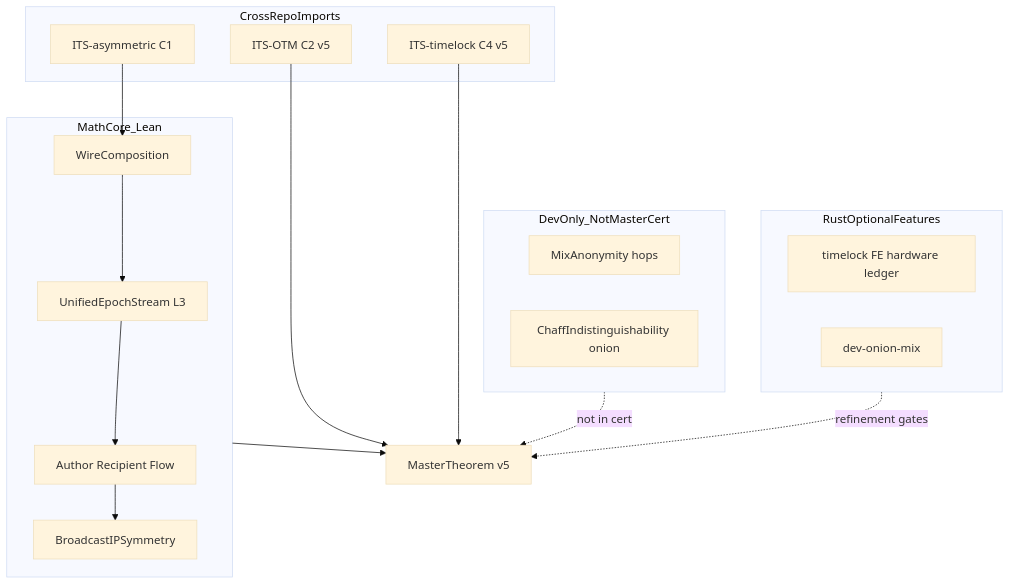
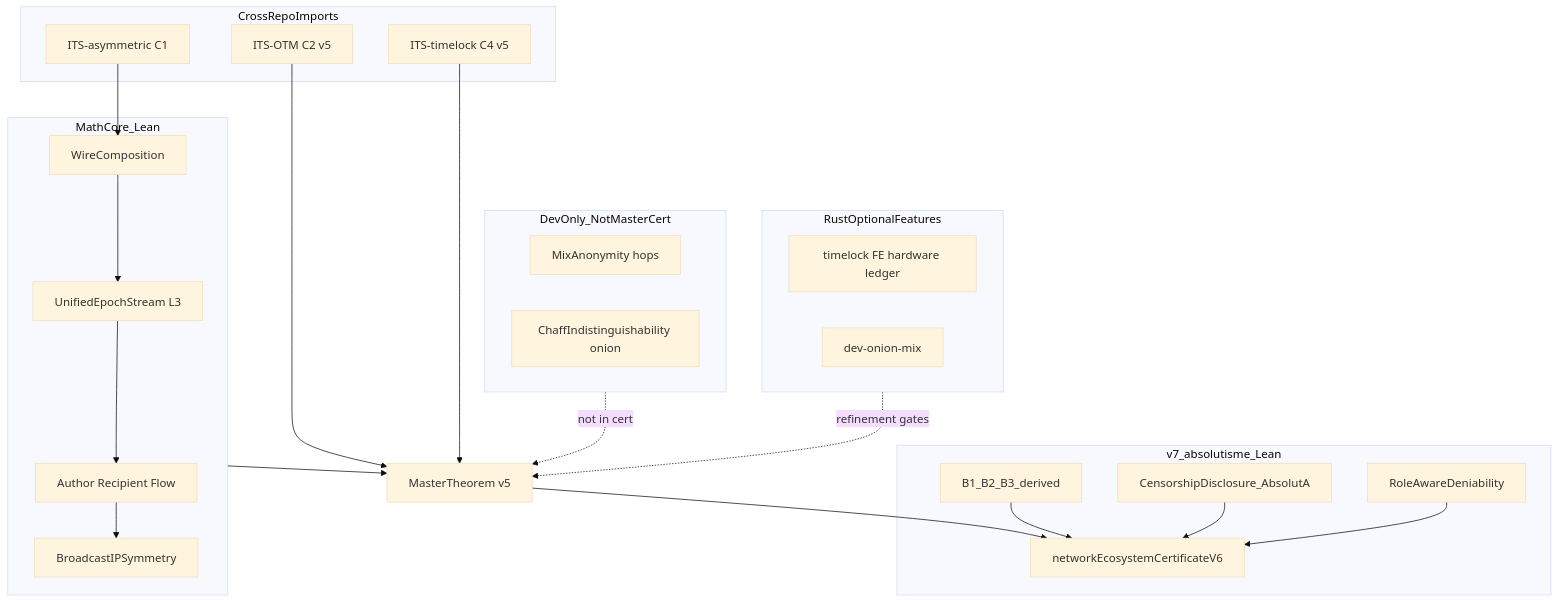
One commit to 0x1F980/ITS-ROUTING changed the diagram in ITS-routing_MATHEMATICAL_CORE.md. Above: the diagram before and after it, drawn with Mermaid (base theme). The commit also changed other lines of this file and 9 other files, not shown here.

First line of the commit message:
v6 doc-sync + v7 Lean absolutisme: networkEcosystemCertificateV6

````diff
--- a/ITS-routing_MATHEMATICAL_CORE.md
+++ b/ITS-routing_MATHEMATICAL_CORE.md
@@ -524,31 +604,41 @@
 ```mermaid
 flowchart TB
   subgraph mathCore [MathCore_Lean]
     UES["UnifiedEpochStream L3"]
     Attr["Author Recipient Flow"]
     BIS["BroadcastIPSymmetry"]
     Wire["WireComposition"]
   end
   subgraph imports [CrossRepoImports]
     ASY["ITS-asymmetric C1"]
     OTM["ITS-OTM C2 v5"]
     TL["ITS-timelock C4 v5"]
   end
   subgraph devOnly [DevOnly_NotMasterCert]
     Mix["MixAnonymity hops"]
     Chaff["ChaffIndistinguishability onion"]
   end
   subgraph rust [RustOptionalFeatures]
     Ridges["timelock FE hardware ledger"]
     DevOnion["dev-onion-mix"]
   end
   ASY --> Wire
   Wire --> UES
   UES --> Attr
   Attr --> BIS
+  subgraph v7 [v7_absolutisme_Lean]
+    BISfull[B1_B2_B3_derived]
+    AbsA[CensorshipDisclosure_AbsolutA]
+    Roles[RoleAwareDeniability]
+    U6[networkEcosystemCertificateV6]
+  end
   OTM --> Master["MasterTheorem v5"]
   TL --> Master
   mathCore --> Master
+  Master --> U6
+  BISfull --> U6
+  AbsA --> U6
+  Roles --> U6
   devOnly -.->|"not in cert"| Master
   rust -.->|"refinement gates"| Master
 ```
````
